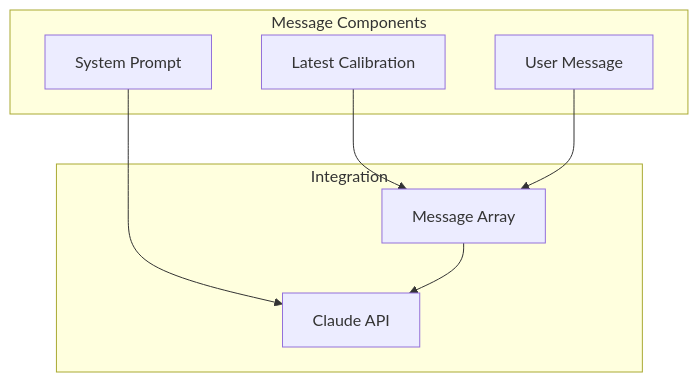
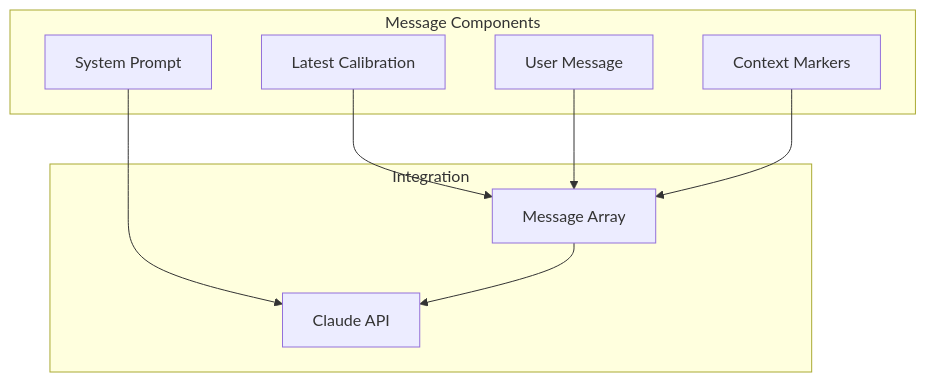
One commit to dgmulei/obi-slv2 changed the seventh of 7 diagrams in docs/02-system-architecture.md. Above: the diagram before and after it, drawn with Mermaid. The commit also changed other lines of this file and 9 other files, not shown here.

````diff
--- a/docs/02-system-architecture.md
+++ b/docs/02-system-architecture.md
@@ -150,18 +198,20 @@
 ```mermaid
 graph TD
-    A[System Prompt] --> D[Claude API]
+    A[System Prompt] --> E[Claude API]
     B[Latest Calibration] --> C[Message Array]
-    E[User Message] --> C
-    C --> D
+    D[User Message] --> C
+    F[Context Markers] --> C
+    C --> E
     
     subgraph "Message Components"
         A
         B
-        E
+        D
+        F
     end
     
     subgraph "Integration"
         C
-        D
+        E
     end
 ```
````
